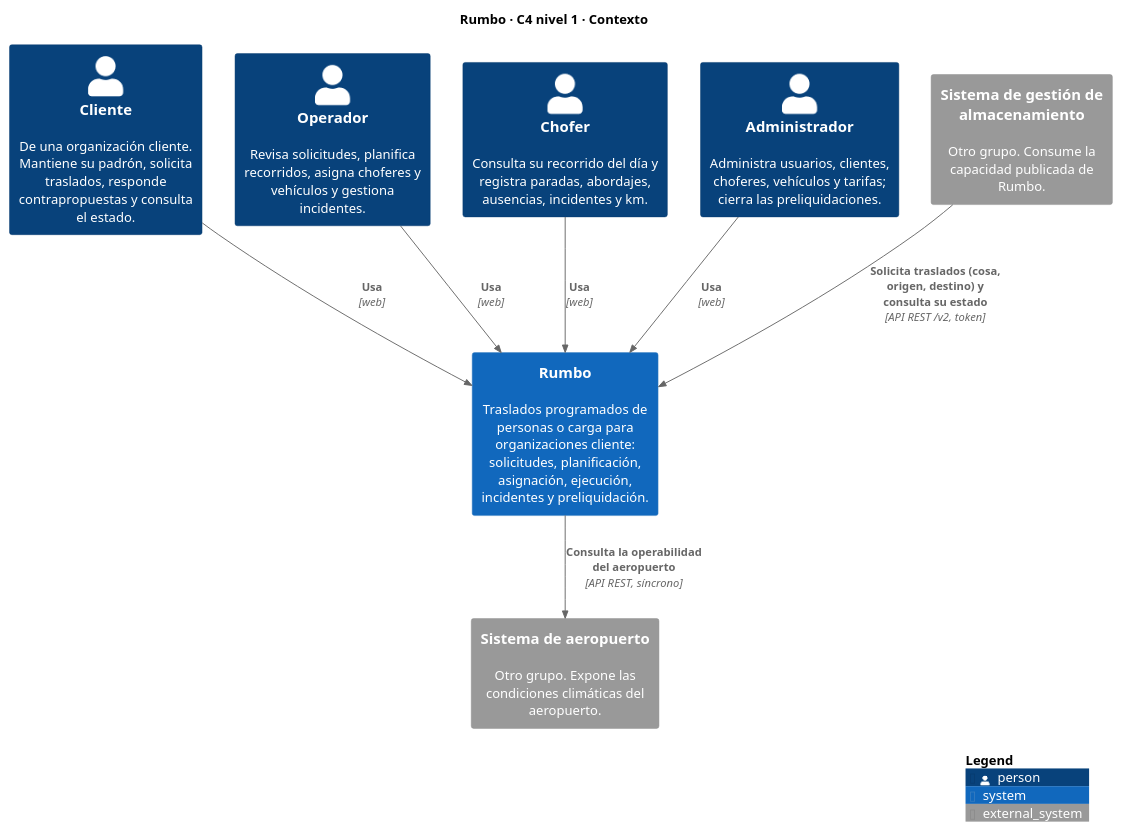
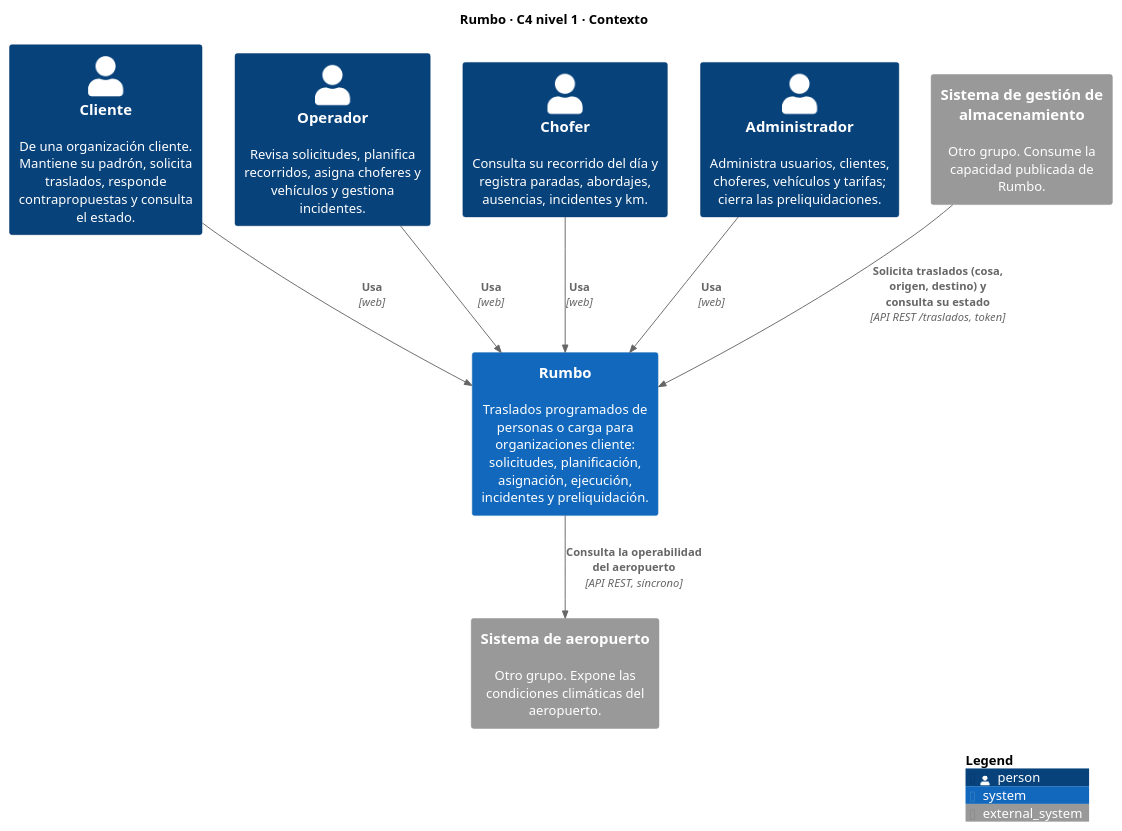
Before and after one commit to francoroblesss/Rumbo: the diagram in docs/diagramas/c4-contexto.puml, drawn with PlantUML. The commit also changed 39 other files, not shown here.

```diff
--- a/docs/diagramas/c4-contexto.puml
+++ b/docs/diagramas/c4-contexto.puml
@@ -1,25 +1,25 @@
 @startuml c4-contexto
 ' Rumbo — C4 nivel 1: contexto. Fuente del diagrama; se renderiza con docs/diagramas/README.md.
 !include <C4/C4_Context>
 
 title Rumbo · C4 nivel 1 · Contexto
 
 Person(cliente, "Cliente", "De una organización cliente. Mantiene su padrón, solicita traslados, responde contrapropuestas y consulta el estado.")
 Person(operador, "Operador", "Revisa solicitudes, planifica recorridos, asigna choferes y vehículos y gestiona incidentes.")
 Person(chofer, "Chofer", "Consulta su recorrido del día y registra paradas, abordajes, ausencias, incidentes y km.")
 Person(admin, "Administrador", "Administra usuarios, clientes, choferes, vehículos y tarifas; cierra las preliquidaciones.")
 
 System(rumbo, "Rumbo", "Traslados programados de personas o carga para organizaciones cliente: solicitudes, planificación, asignación, ejecución, incidentes y preliquidación.")
 
 System_Ext(almacenamiento, "Sistema de gestión de almacenamiento", "Otro grupo. Consume la capacidad publicada de Rumbo.")
 System_Ext(aeropuerto, "Sistema de aeropuerto", "Otro grupo. Expone las condiciones climáticas del aeropuerto.")
 
 Rel(cliente, rumbo, "Usa", "web")
 Rel(operador, rumbo, "Usa", "web")
 Rel(chofer, rumbo, "Usa", "web")
 Rel(admin, rumbo, "Usa", "web")
-Rel(almacenamiento, rumbo, "Solicita traslados (cosa, origen, destino) y consulta su estado", "API REST /v2, token")
+Rel(almacenamiento, rumbo, "Solicita traslados (cosa, origen, destino) y consulta su estado", "API REST /traslados, token")
 Rel(rumbo, aeropuerto, "Consulta la operabilidad del aeropuerto", "API REST, síncrono")
 
 SHOW_LEGEND()
 @enduml
```
